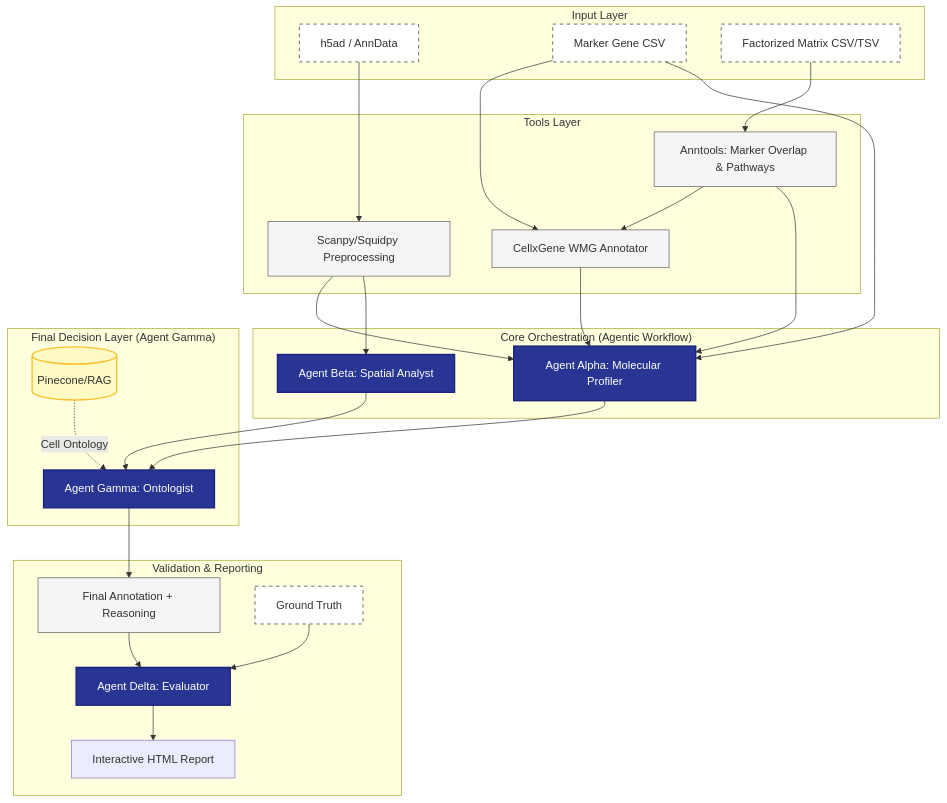
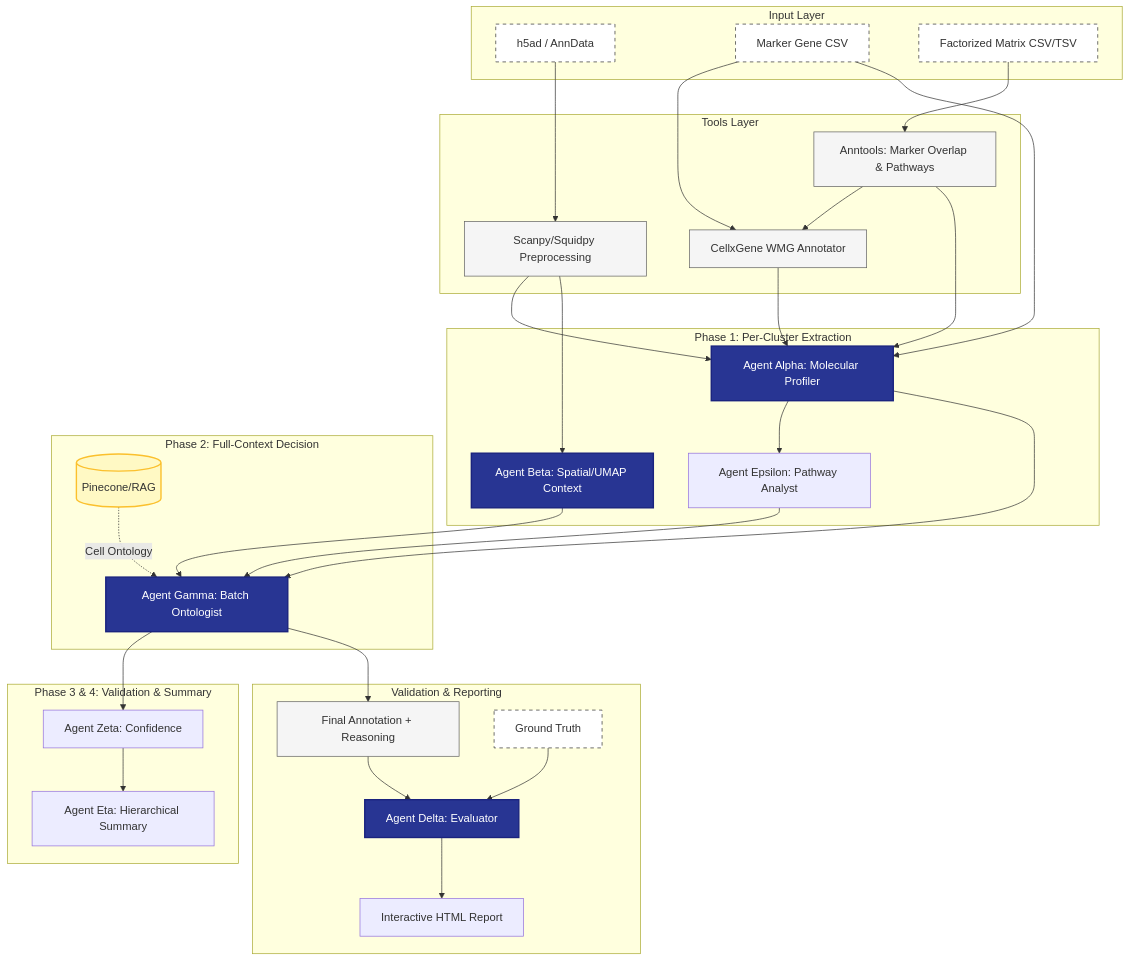
The diagram in README.md (MorrissyLab/TranScribe), drawn with Mermaid before and after one commit. The commit also changed other lines of this file and 16 other files, not shown here.

````diff
--- a/README.md
+++ b/README.md
@@ -27,49 +27,56 @@
 ```mermaid
 graph TD
     subgraph "Input Layer"
         H5[h5ad / AnnData]
         CSV[Marker Gene CSV]
         FAC[Factorized Matrix CSV/TSV]
     end
 
     subgraph "Tools Layer"
         PRE[Scanpy/Squidpy Preprocessing]
         Ann[Anntools: Marker Overlap & Pathways]
         WMG[CellxGene WMG Annotator]
         H5 --> PRE
         FAC --> Ann
         CSV --> WMG
         Ann --> WMG
     end
 
-    subgraph "Core Orchestration (Agentic Workflow)"
+    subgraph "Phase 1: Per-Cluster Extraction"
         PRE --> Alpha[Agent Alpha: Molecular Profiler]
         CSV --> Alpha
         Ann --> Alpha
         WMG --> Alpha
-        PRE --> Beta[Agent Beta: Spatial Analyst]
+        PRE --> Beta[Agent Beta: Spatial/UMAP Context]
+        Alpha --> Epsilon[Agent Epsilon: Pathway Analyst]
     end
 
-    subgraph "Final Decision Layer (Agent Gamma)"
-        Alpha --> Gamma[Agent Gamma: Ontologist]
+    subgraph "Phase 2: Full-Context Decision"
+        Alpha --> Gamma[Agent Gamma: Batch Ontologist]
         Beta --> Gamma
+        Epsilon --> Gamma
         DB[(Pinecone/RAG)] -.->|Cell Ontology| Gamma
+    end
+    
+    subgraph "Phase 3 & 4: Validation & Summary"
+        Gamma --> Zeta[Agent Zeta: Confidence]
+        Zeta --> Eta[Agent Eta: Hierarchical Summary]
     end
 
     subgraph "Validation & Reporting"
         Gamma --> R[Final Annotation + Reasoning]
         R --> Delta[Agent Delta: Evaluator]
         GT[Ground Truth] --> Delta
         Delta --> V[Interactive HTML Report]
     end
 
     classDef agent fill:#283593,color:#fff,stroke:#1a237e,stroke-width:2px;
     classDef tool fill:#f5f5f5,stroke:#616161,stroke-width:1px;
     classDef input fill:#fff,stroke:#333,stroke-dasharray: 5 5;
     classDef database fill:#fff9c4,stroke:#fbc02d,stroke-width:2px;
 
     class Alpha,Beta,Gamma,Delta agent;
     class PRE,Ann,R,WMG tool;
     class H5,CSV,FAC,GT input;
     class DB database;
 ```
````
